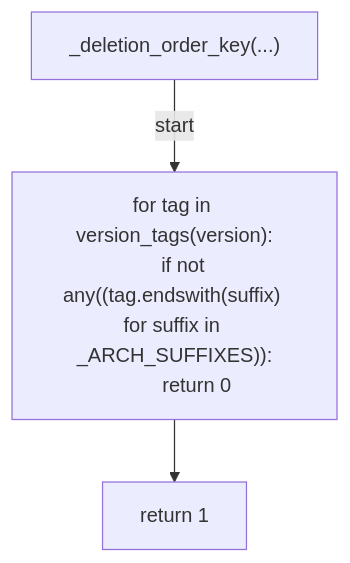
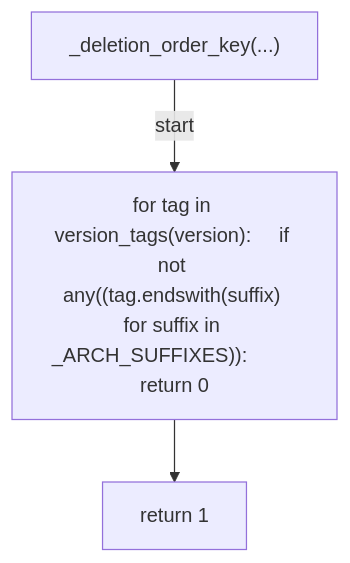
One commit to tvna/claude-md changed the sixth of 13 diagrams in docs/generated/scripts/ast/prune_devcontainer_images.md. Above: the diagram before and after it, drawn with Mermaid. The commit also changed other lines of this file and 29 other files, not shown here.

First line of the commit message:
docs(generated): regenerate decision tree and workflow diagrams (batch 3/5)

````diff
--- a/docs/generated/scripts/ast/prune_devcontainer_images.md
+++ b/docs/generated/scripts/ast/prune_devcontainer_images.md
@@ -97,10 +86,8 @@
 ```mermaid
 flowchart TD
     N001["_deletion_order_key(...)"]
-    N002["for tag in version_tags(version):
-    if not any((tag.endswith(suffix) for suffix in _ARCH_SUFFIXES)):
-        return 0"]
+    N002["for tag in version_tags(version):     if not any((tag.endswith(suffix) for suffix in _ARCH_SUFFIXES)):         return 0"]
     N003["return 1"]
     N001 -->|"start"| N002
     N002 --> N003
 ```
````
